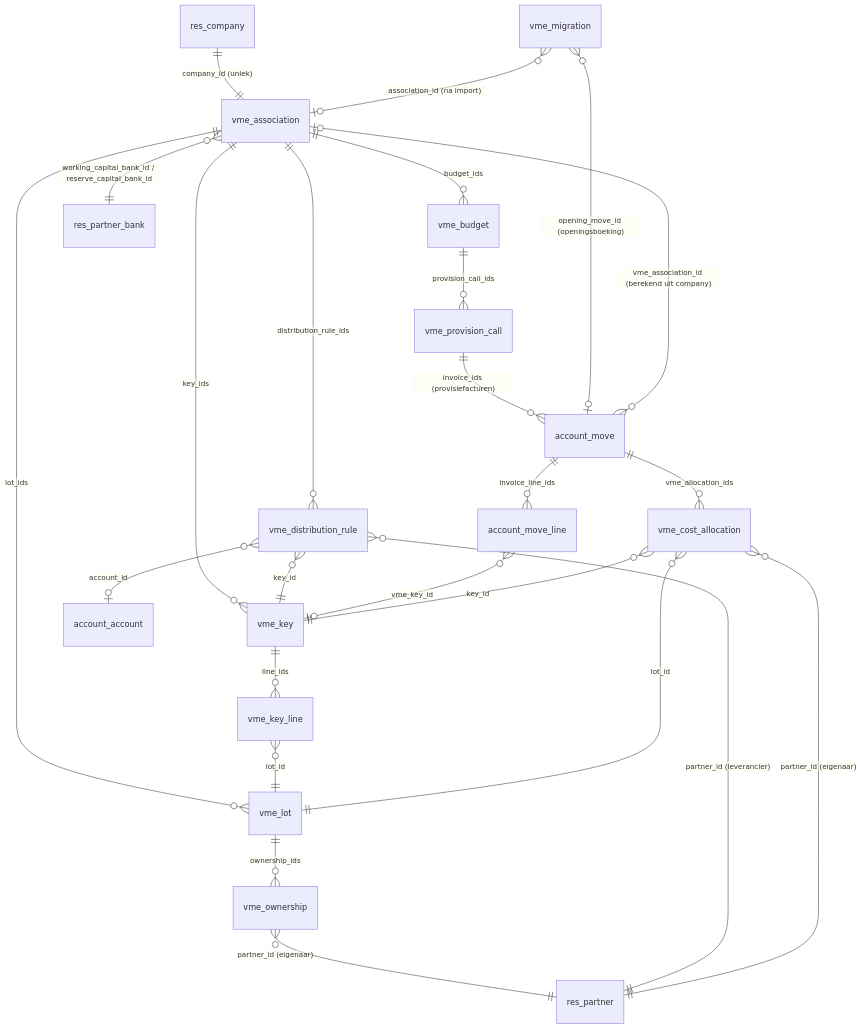
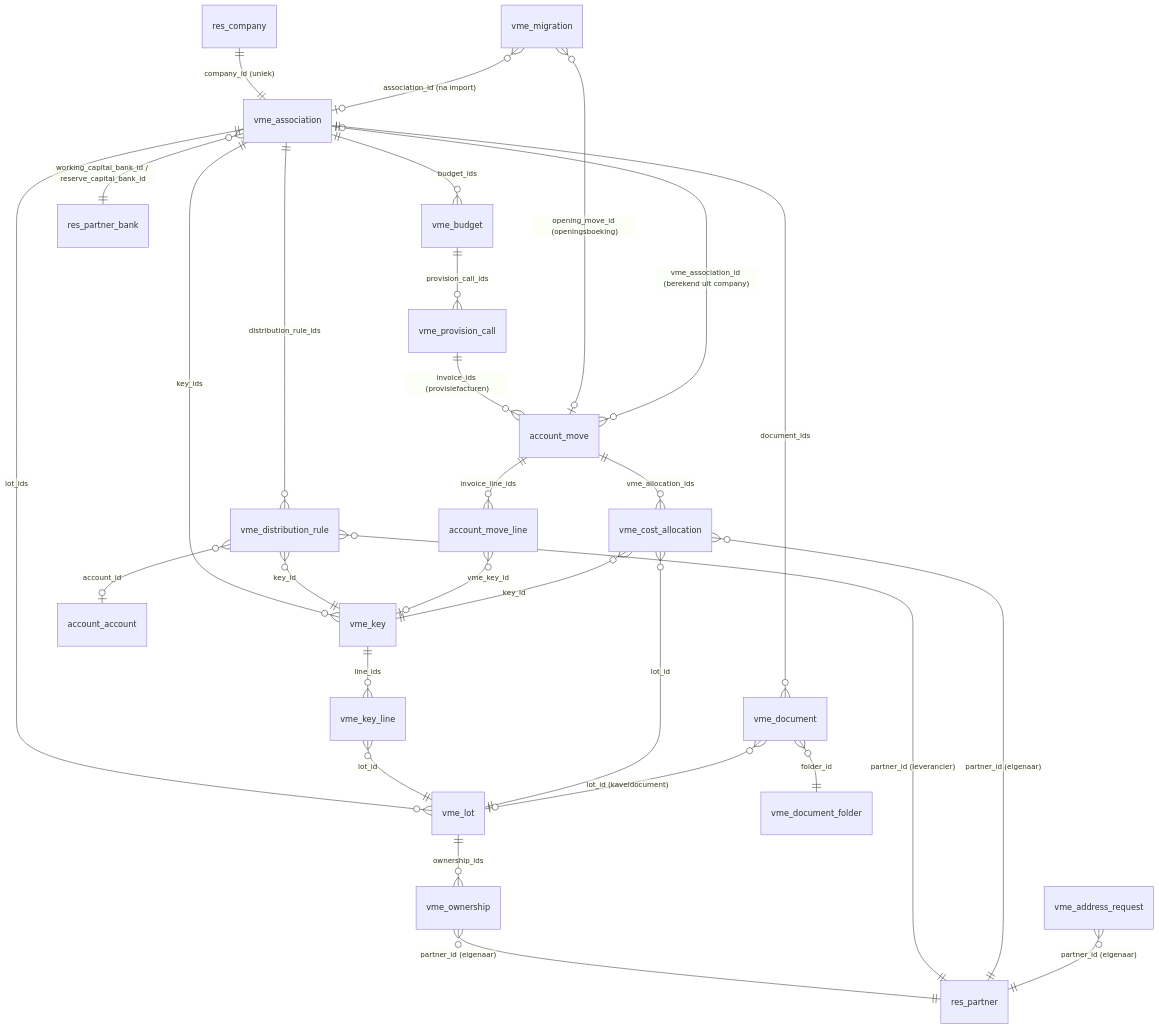
The diagram in docs/dev/datamodel.md (cmaixen/VME-Odoo-Prototype), drawn with Mermaid before and after one commit. The commit also changed other lines of this file and 29 other files, not shown here.

````diff
--- a/docs/dev/datamodel.md
+++ b/docs/dev/datamodel.md
@@ -3,27 +3,31 @@
 ```mermaid
 erDiagram
     res_company ||--|| vme_association : "company_id (uniek)"
     vme_association ||--o{ vme_lot : lot_ids
     vme_association ||--o{ vme_key : key_ids
     vme_association ||--o{ vme_distribution_rule : distribution_rule_ids
     vme_association ||--o{ vme_budget : budget_ids
     vme_association }o--|| res_partner_bank : "working_capital_bank_id / reserve_capital_bank_id"
     vme_key ||--o{ vme_key_line : line_ids
     vme_key_line }o--|| vme_lot : lot_id
     vme_lot ||--o{ vme_ownership : ownership_ids
     vme_ownership }o--|| res_partner : "partner_id (eigenaar)"
     vme_distribution_rule }o--|| res_partner : "partner_id (leverancier)"
     vme_distribution_rule }o--|| vme_key : key_id
     vme_distribution_rule }o--o| account_account : account_id
     vme_budget ||--o{ vme_provision_call : provision_call_ids
     vme_provision_call ||--o{ account_move : "invoice_ids (provisiefacturen)"
     account_move }o--o| vme_association : "vme_association_id (berekend uit company)"
     account_move ||--o{ account_move_line : invoice_line_ids
     account_move_line }o--o| vme_key : vme_key_id
     account_move ||--o{ vme_cost_allocation : vme_allocation_ids
     vme_cost_allocation }o--|| vme_lot : lot_id
     vme_cost_allocation }o--|| res_partner : "partner_id (eigenaar)"
     vme_cost_allocation }o--|| vme_key : key_id
+    vme_association ||--o{ vme_document : document_ids
+    vme_document }o--|| vme_document_folder : folder_id
+    vme_document }o--o| vme_lot : "lot_id (kaveldocument)"
+    vme_address_request }o--|| res_partner : "partner_id (eigenaar)"
     vme_migration }o--o| vme_association : "association_id (na import)"
     vme_migration }o--o| account_move : "opening_move_id (openingsboeking)"
 ```
````
